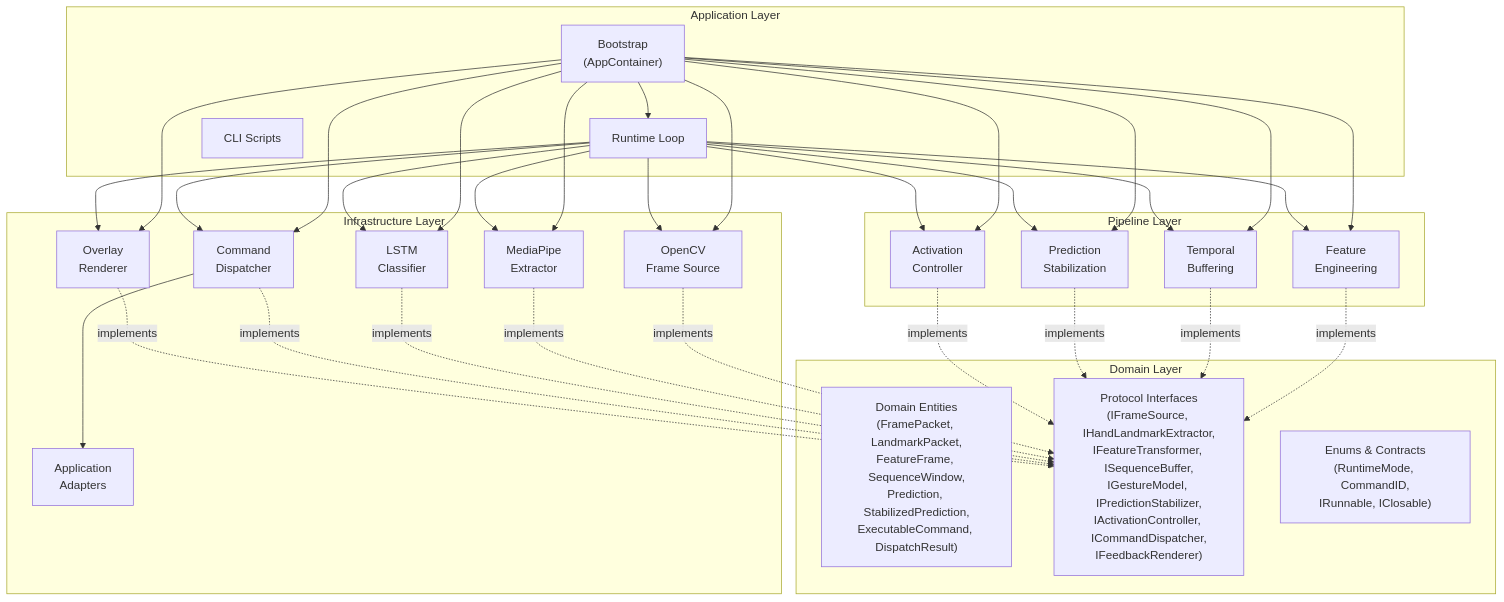
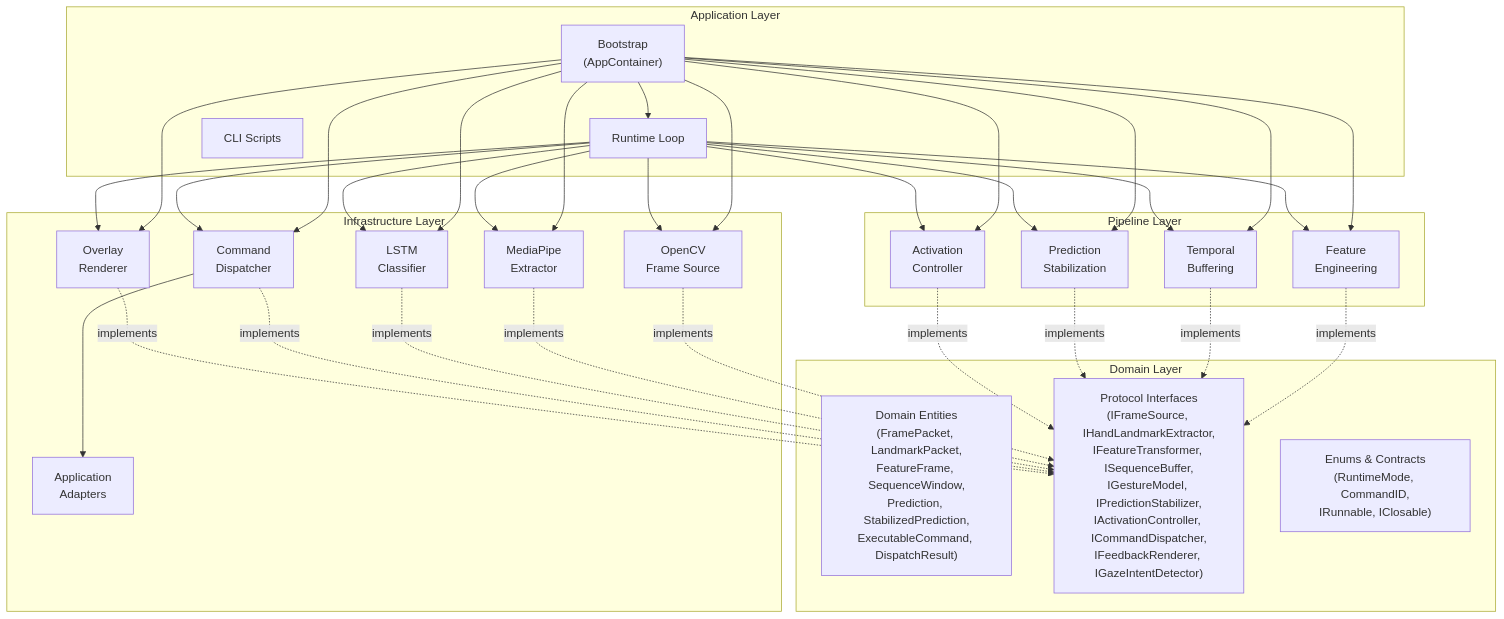
Before and after one commit to ntsrigaud/Maestro: the first of 2 diagrams in docs/architecture/logical-view.md, drawn with Mermaid. The commit also changed other lines of this file, not shown here.

First line of the commit message:
docs(architecture): update logical view with gaze intent detector

````diff
--- a/docs/architecture/logical-view.md
+++ b/docs/architecture/logical-view.md
@@ -9,63 +9,63 @@
 ```mermaid
 graph TB
     subgraph Application ["Application Layer"]
         Bootstrap["Bootstrap<br/>(AppContainer)"]
         RuntimeLoop["Runtime Loop"]
         CLI["CLI Scripts"]
     end
 
     subgraph Pipeline ["Pipeline Layer"]
         FeatureEng["Feature<br/>Engineering"]
         Buffering["Temporal<br/>Buffering"]
         Stabilization["Prediction<br/>Stabilization"]
         Activation["Activation<br/>Controller"]
     end
 
     subgraph Infrastructure ["Infrastructure Layer"]
         Camera["OpenCV<br/>Frame Source"]
         MediaPipe["MediaPipe<br/>Extractor"]
         LSTMModel["LSTM<br/>Classifier"]
         Dispatcher["Command<br/>Dispatcher"]
         Adapters["Application<br/>Adapters"]
         Overlay["Overlay<br/>Renderer"]
     end
 
     subgraph Domain ["Domain Layer"]
         Entities["Domain Entities<br/>(FramePacket, LandmarkPacket,<br/>FeatureFrame, SequenceWindow,<br/>Prediction, StabilizedPrediction,<br/>ExecutableCommand, DispatchResult)"]
-        Interfaces["Protocol Interfaces<br/>(IFrameSource, IHandLandmarkExtractor,<br/>IFeatureTransformer, ISequenceBuffer,<br/>IGestureModel, IPredictionStabilizer,<br/>IActivationController, ICommandDispatcher,<br/>IFeedbackRenderer)"]
+        Interfaces["Protocol Interfaces<br/>(IFrameSource, IHandLandmarkExtractor,<br/>IFeatureTransformer, ISequenceBuffer,<br/>IGestureModel, IPredictionStabilizer,<br/>IActivationController, ICommandDispatcher,<br/>IFeedbackRenderer, IGazeIntentDetector)"]
         Enums["Enums & Contracts<br/>(RuntimeMode, CommandID,<br/>IRunnable, IClosable)"]
     end
 
     Bootstrap --> Camera
     Bootstrap --> MediaPipe
     Bootstrap --> LSTMModel
     Bootstrap --> FeatureEng
     Bootstrap --> Buffering
     Bootstrap --> Stabilization
     Bootstrap --> Activation
     Bootstrap --> Dispatcher
     Bootstrap --> Overlay
     Bootstrap --> RuntimeLoop
 
     RuntimeLoop --> Camera
     RuntimeLoop --> MediaPipe
     RuntimeLoop --> FeatureEng
     RuntimeLoop --> Buffering
     RuntimeLoop --> LSTMModel
     RuntimeLoop --> Stabilization
     RuntimeLoop --> Activation
     RuntimeLoop --> Dispatcher
     RuntimeLoop --> Overlay
 
     Camera -.->|implements| Interfaces
     MediaPipe -.->|implements| Interfaces
     LSTMModel -.->|implements| Interfaces
     FeatureEng -.->|implements| Interfaces
     Buffering -.->|implements| Interfaces
     Stabilization -.->|implements| Interfaces
     Activation -.->|implements| Interfaces
     Dispatcher -.->|implements| Interfaces
     Overlay -.->|implements| Interfaces
 
     Dispatcher --> Adapters
 ```
````
